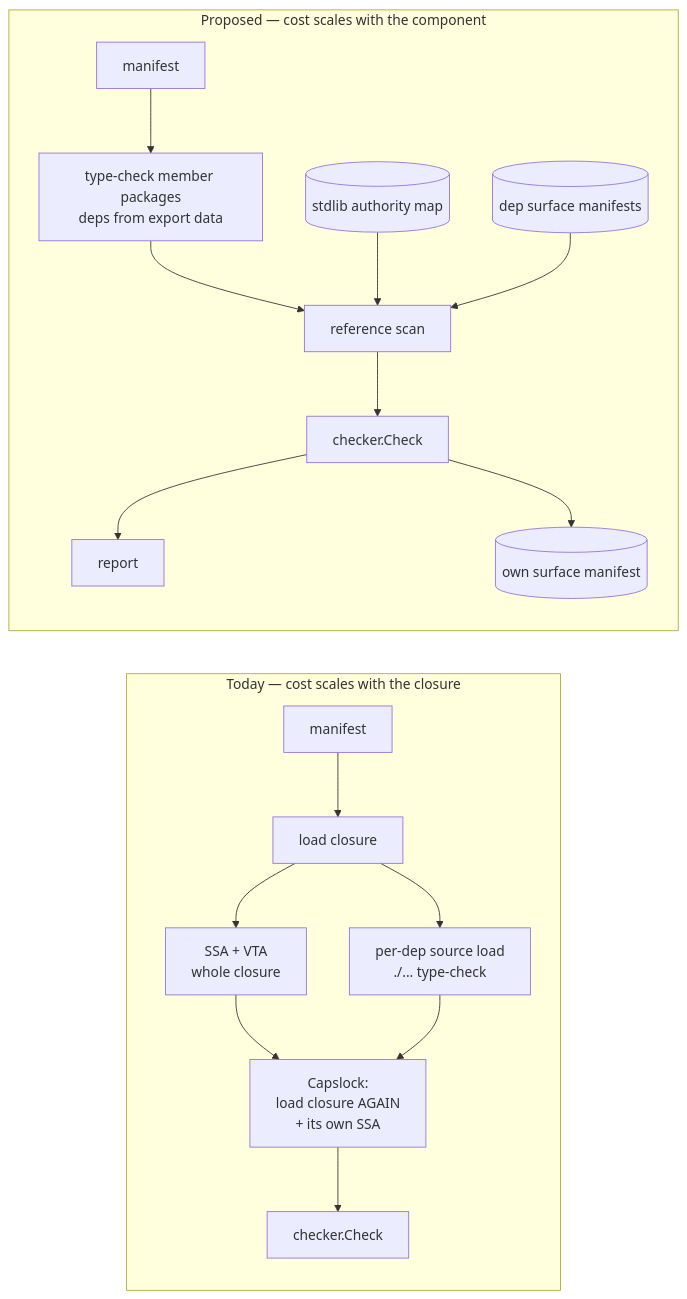
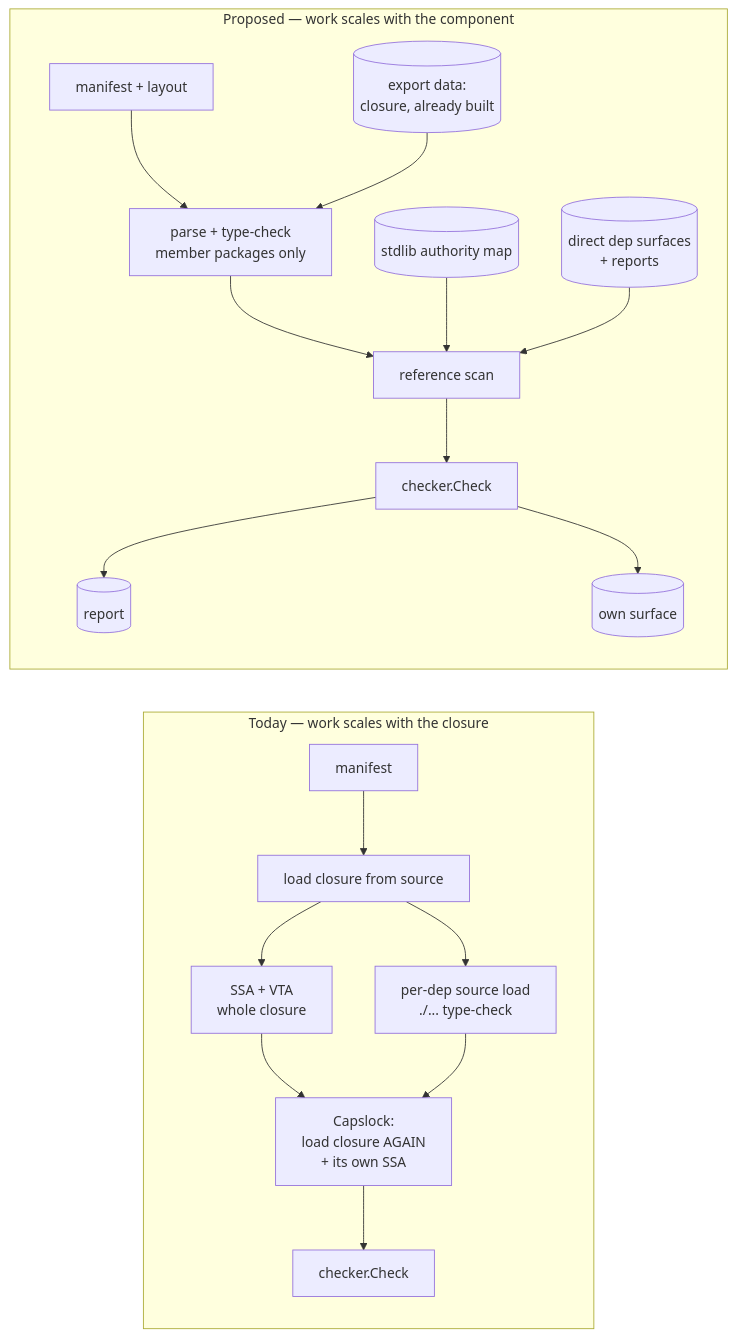
The first of 4 diagrams in .agents/planning/2026-08-04-compositional-component-analysis/design/detailed-design.md (ono-sendai-labs/architectural-contracts), drawn with Mermaid before and after one commit. The commit also changed other lines of this file and 6 other files, not shown here.

````diff
--- a/.agents/planning/2026-08-04-compositional-component-analysis/design/detailed-design.md
+++ b/.agents/planning/2026-08-04-compositional-component-analysis/design/detailed-design.md
@@ -124,20 +170,21 @@
 ```mermaid
 flowchart LR
-    subgraph Before["Today — cost scales with the closure"]
-        B1[manifest] --> B2[load closure]
+    subgraph Before["Today — work scales with the closure"]
+        B1[manifest] --> B2[load closure from source]
         B2 --> B3["SSA + VTA<br/>whole closure"]
         B2 --> B4["per-dep source load<br/>./... type-check"]
         B3 --> B5["Capslock:<br/>load closure AGAIN<br/>+ its own SSA"]
         B4 --> B5
         B5 --> B6[checker.Check]
     end
-    subgraph After["Proposed — cost scales with the component"]
-        A1[manifest] --> A2["type-check member packages<br/>deps from export data"]
+    subgraph After["Proposed — work scales with the component"]
+        A1[manifest + layout] --> A2["parse + type-check<br/>member packages only"]
+        A9[(export data:<br/>closure, already built)] --> A2
         A2 --> A3[reference scan]
         A4[(stdlib authority map)] --> A3
-        A5[(dep surface manifests)] --> A3
+        A5[(direct dep surfaces<br/>+ reports)] --> A3
         A3 --> A6[checker.Check]
-        A6 --> A7[report]
-        A6 --> A8[(own surface manifest)]
+        A6 --> A7[(report)]
+        A6 --> A8[(own surface)]
     end
 ```
````
